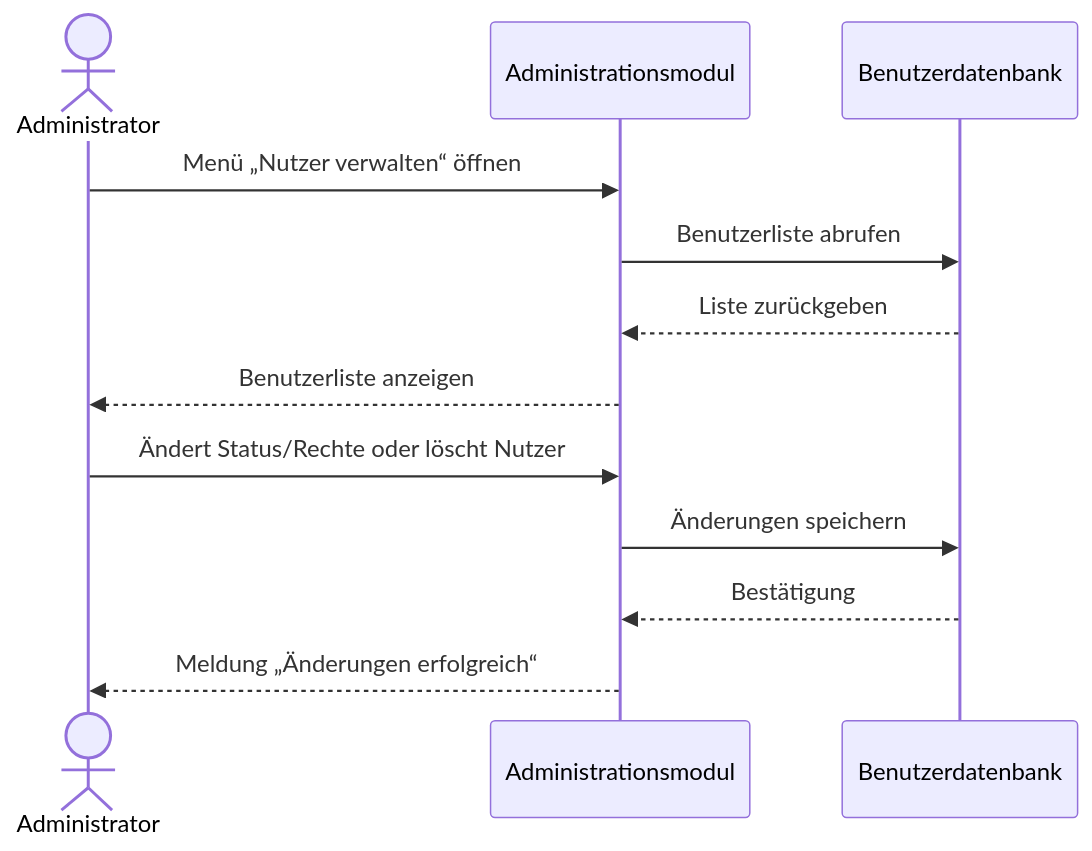
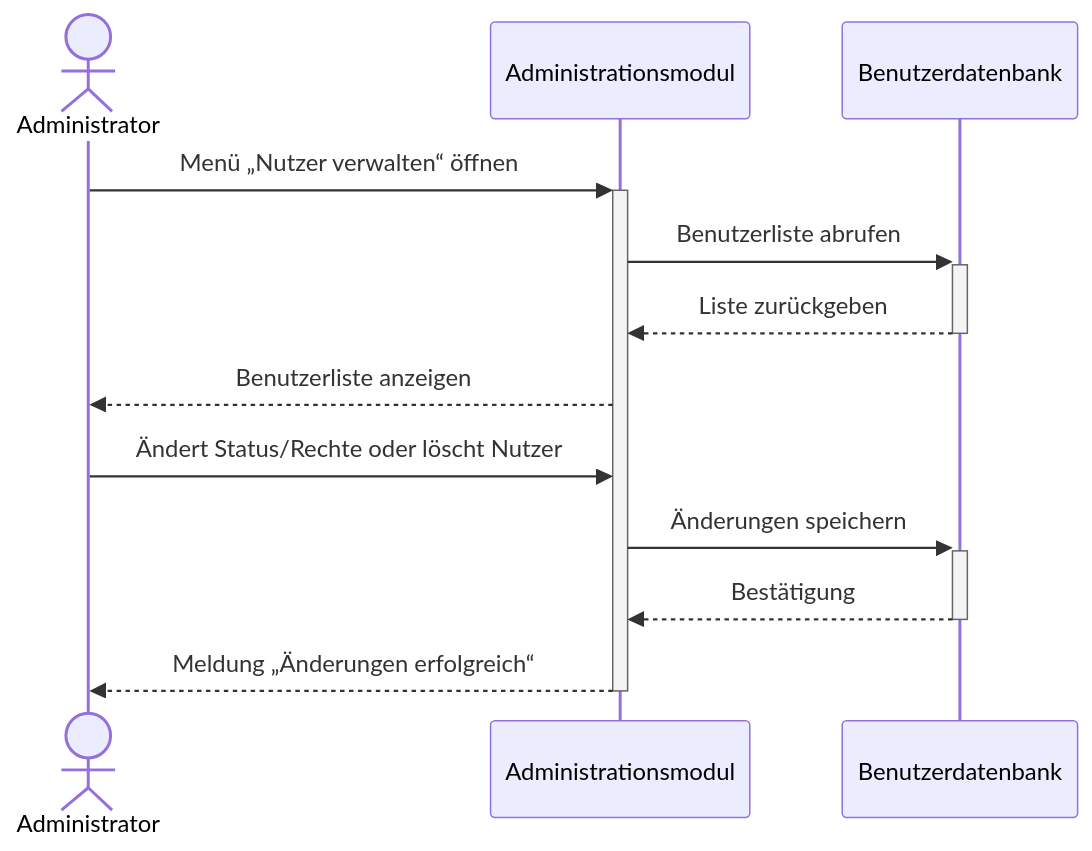
One commit to SimonJ2222/BitFlow changed diagram 16 of 22 in docs/use_cases/software_requirements_specification.md. Above: the diagram before and after it, drawn with Mermaid. The commit also changed other lines of this file, not shown here.

Commit message:
Added activations and deactivations to all Sequence Diagrams

````diff
--- a/docs/use_cases/software_requirements_specification.md
+++ b/docs/use_cases/software_requirements_specification.md
@@ -643,16 +652,16 @@
 ```mermaid
 sequenceDiagram
     actor Administrator
     participant System as Administrationsmodul
     participant DB as Benutzerdatenbank
 
-    Administrator ->> System: Menü „Nutzer verwalten“ öffnen
-    System ->> DB: Benutzerliste abrufen
-    DB -->> System: Liste zurückgeben
+    Administrator ->>+ System: Menü „Nutzer verwalten“ öffnen
+    System ->>+ DB: Benutzerliste abrufen
+    DB -->>- System: Liste zurückgeben
     System -->> Administrator: Benutzerliste anzeigen
     Administrator ->> System: Ändert Status/Rechte oder löscht Nutzer
-    System ->> DB: Änderungen speichern
-    DB -->> System: Bestätigung
-    System -->> Administrator: Meldung „Änderungen erfolgreich“
+    System ->>+ DB: Änderungen speichern
+    DB -->>- System: Bestätigung
+    System -->>- Administrator: Meldung „Änderungen erfolgreich“
 
 ```
````
